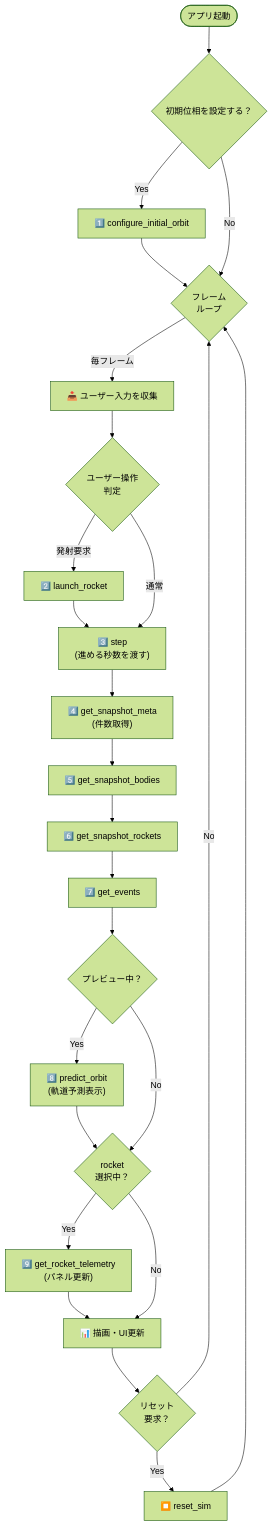
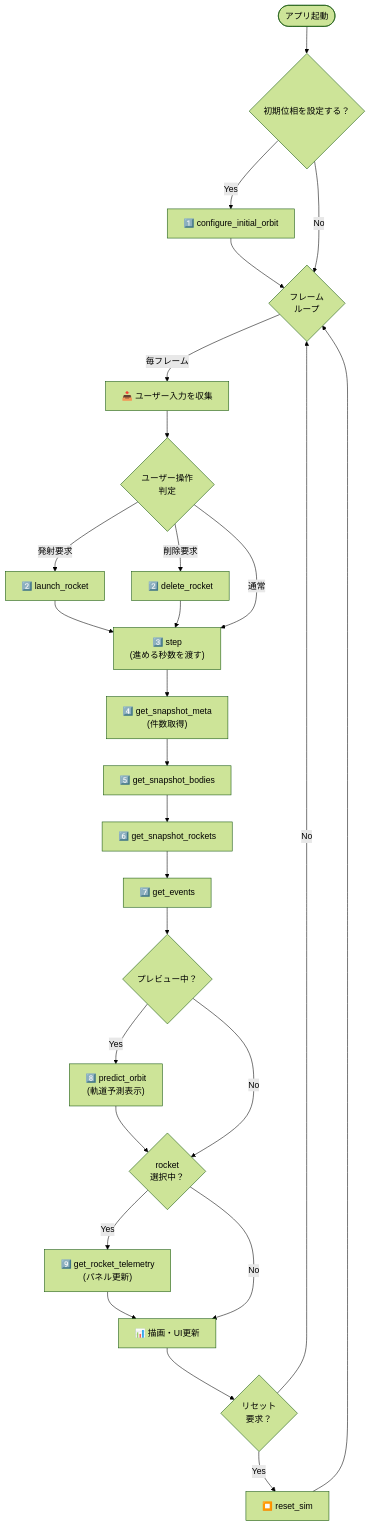
One commit to mtmt-btline/space changed the diagram in docs/interface-spec.md. Above: the diagram before and after it, drawn with Mermaid (forest theme). The commit also changed other lines of this file and 16 other files, not shown here.

````diff
--- a/docs/interface-spec.md
+++ b/docs/interface-spec.md
@@ -459,33 +487,36 @@
 ```mermaid
 graph TD
     Start([アプリ起動]) --> ConfigOrbit{"初期位相を設定する？"}
   ConfigOrbit -->|Yes| SetOrbit["1️⃣ configure_initial_orbit"]
   SetOrbit --> FrameLoop
   ConfigOrbit -->|No| FrameLoop{"フレーム<br/>ループ"}
     
     FrameLoop -->|"毎フレーム"| Input["📥 ユーザー入力を収集"]
     Input --> Decision{"ユーザー操作<br/>判定"}
     
     Decision -->|"発射要求"| Launch["2️⃣ launch_rocket"]
     Launch --> Step
+
+    Decision -->|"削除要求"| DeleteRocket["2️⃣ delete_rocket"]
+    DeleteRocket --> Step
 
     Decision -->|"通常"| Step["3️⃣ step<br/>(進める秒数を渡す)"]
     Step --> GetMeta["4️⃣ get_snapshot_meta<br/>(件数取得)"]
     GetMeta --> GetBodies["5️⃣ get_snapshot_bodies"]
     GetBodies --> GetCrafts["6️⃣ get_snapshot_rockets"]
     GetCrafts --> GetEvents["7️⃣ get_events"]
     GetEvents --> Preview{"プレビュー中？"}
     
     Preview -->|Yes| Predict["8️⃣ predict_orbit<br/>(軌道予測表示)"]
     Predict --> Telemetry
     Preview -->|No| Telemetry{"rocket<br/>選択中？"}
     
     Telemetry -->|Yes| Telem["9️⃣ get_rocket_telemetry<br/>(パネル更新)"]
     Telem --> Render
     Telemetry -->|No| Render["📊 描画・UI更新"]
     Render --> Decision2{"リセット<br/>要求？"}
     
     Decision2 -->|Yes| Reset["⏹️ reset_sim"]
     Reset --> FrameLoop
     Decision2 -->|No| FrameLoop
 ```
````
